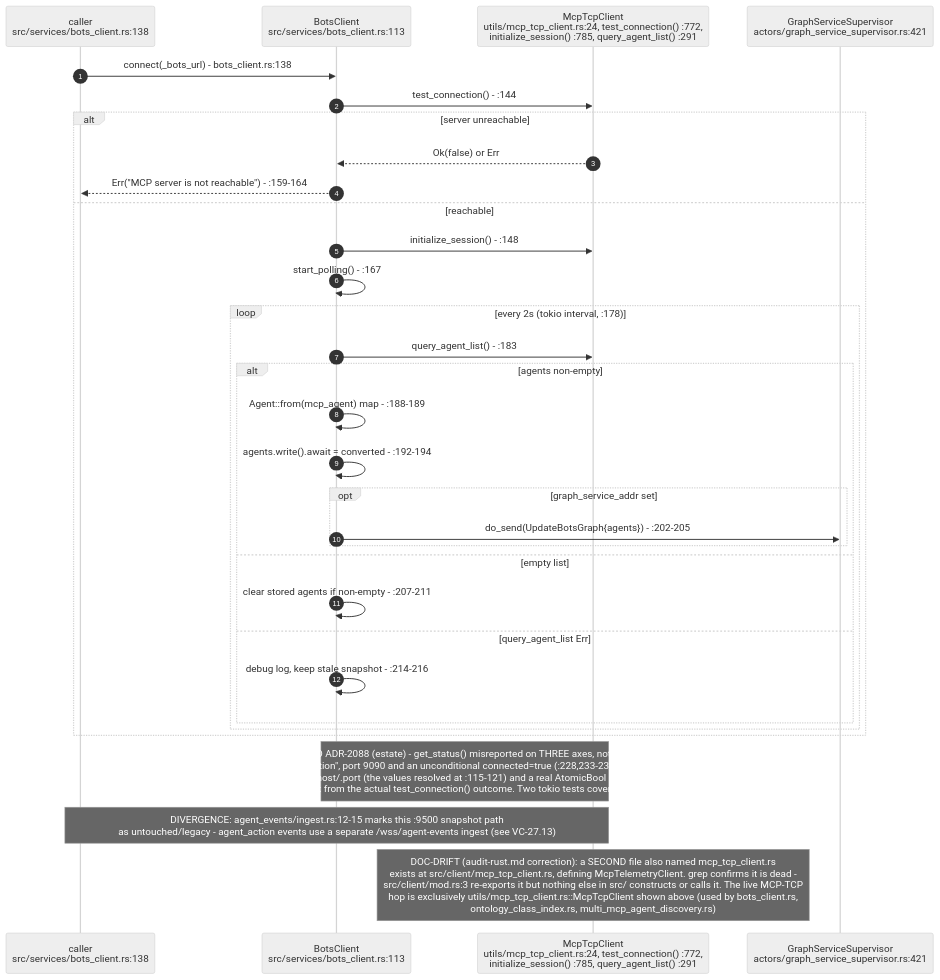
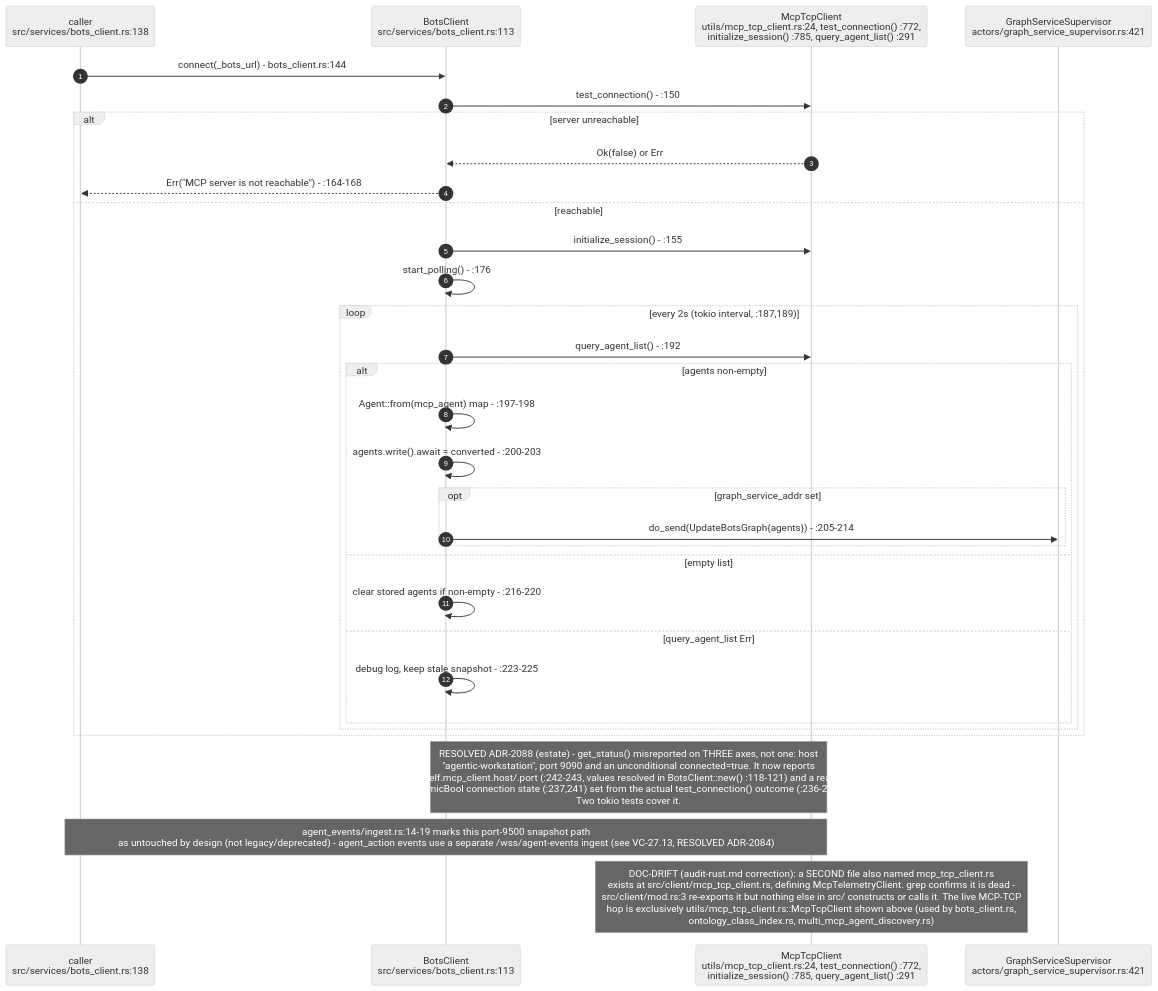
The first of 13 diagrams in docs/diagrams/visionclaw/27-agent-integration-mcp-relay.md (DreamLab-AI/VisionFlow), drawn with Mermaid (neutral theme) before and after one commit. The commit also changed other lines of this file and 52 other files, not shown here.

First line of the commit message:
docs(diagrams): wave 3 checkpoint — bare line refs resolved, revision-pinned cite-check, VC-05/AB-01..13 re-attested

````diff
--- a/docs/diagrams/visionclaw/27-agent-integration-mcp-relay.md
+++ b/docs/diagrams/visionclaw/27-agent-integration-mcp-relay.md
@@ -38,35 +38,35 @@
 ```mermaid
 sequenceDiagram
     autonumber
     participant Caller as caller<br/>src/services/bots_client.rs:138
     participant BC as BotsClient<br/>src/services/bots_client.rs:113
     participant MCP as McpTcpClient<br/>utils/mcp_tcp_client.rs:24, test_connection() :772,<br/>initialize_session() :785, query_agent_list() :291
     participant GSS as GraphServiceSupervisor<br/>actors/graph_service_supervisor.rs:421
 
-    Caller->>BC: connect(_bots_url) - bots_client.rs:138
-    BC->>MCP: test_connection() - :144
+    Caller->>BC: connect(_bots_url) - bots_client.rs:144
+    BC->>MCP: test_connection() - :150
     alt server unreachable
         MCP-->>BC: Ok(false) or Err
-        BC-->>Caller: Err("MCP server is not reachable") - :159-164
+        BC-->>Caller: Err("MCP server is not reachable") - :164-168
     else reachable
-        BC->>MCP: initialize_session() - :148
-        BC->>BC: start_polling() - :167
-        loop every 2s (tokio interval, :178)
-            BC->>MCP: query_agent_list() - :183
+        BC->>MCP: initialize_session() - :155
+        BC->>BC: start_polling() - :176
+        loop every 2s (tokio interval, :187,189)
+            BC->>MCP: query_agent_list() - :192
             alt agents non-empty
-                BC->>BC: Agent::from(mcp_agent) map - :188-189
-                BC->>BC: agents.write().await = converted - :192-194
+                BC->>BC: Agent::from(mcp_agent) map - :197-198
+                BC->>BC: agents.write().await = converted - :200-203
                 opt graph_service_addr set
-                    BC->>GSS: do_send(UpdateBotsGraph{agents}) - :202-205
+                    BC->>GSS: do_send(UpdateBotsGraph{agents}) - :205-214
                 end
             else empty list
-                BC->>BC: clear stored agents if non-empty - :207-211
+                BC->>BC: clear stored agents if non-empty - :216-220
             else query_agent_list Err
-                BC->>BC: debug log, keep stale snapshot - :214-216
+                BC->>BC: debug log, keep stale snapshot - :223-225
             end
         end
     end
-    Note over BC,MCP: RESOLVED ADR-2088 (estate) - get_status() misreported on THREE axes, not one: host<br/>"agentic-workstation", port 9090 and an unconditional connected=true (:228,233-234). It now reports<br/>self.mcp_client.host/.port (the values resolved at :115-121) and a real AtomicBool connection state<br/>set from the actual test_connection() outcome. Two tokio tests cover it.
-    Note over Caller,MCP: DIVERGENCE: agent_events/ingest.rs:12-15 marks this :9500 snapshot path<br/>as untouched/legacy - agent_action events use a separate /wss/agent-events ingest (see VC-27.13)
+    Note over BC,MCP: RESOLVED ADR-2088 (estate) - get_status() misreported on THREE axes, not one: host<br/>"agentic-workstation", port 9090 and an unconditional connected=true. It now reports<br/>self.mcp_client.host/.port (:242-243, values resolved in BotsClient::new() :118-121) and a real<br/>AtomicBool connection state (:237,241) set from the actual test_connection() outcome (:236-244).<br/>Two tokio tests cover it.
+    Note over Caller,MCP: agent_events/ingest.rs:14-19 marks this port-9500 snapshot path<br/>as untouched by design (not legacy/deprecated) - agent_action events use a separate /wss/agent-events ingest (see VC-27.13, RESOLVED ADR-2084)
     Note over MCP: DOC-DRIFT (audit-rust.md correction): a SECOND file also named mcp_tcp_client.rs<br/>exists at src/client/mcp_tcp_client.rs, defining McpTelemetryClient. grep confirms it is dead -<br/>src/client/mod.rs:3 re-exports it but nothing else in src/ constructs or calls it. The live MCP-TCP<br/>hop is exclusively utils/mcp_tcp_client.rs::McpTcpClient shown above (used by bots_client.rs,<br/>ontology_class_index.rs, multi_mcp_agent_discovery.rs)
 ```
````
